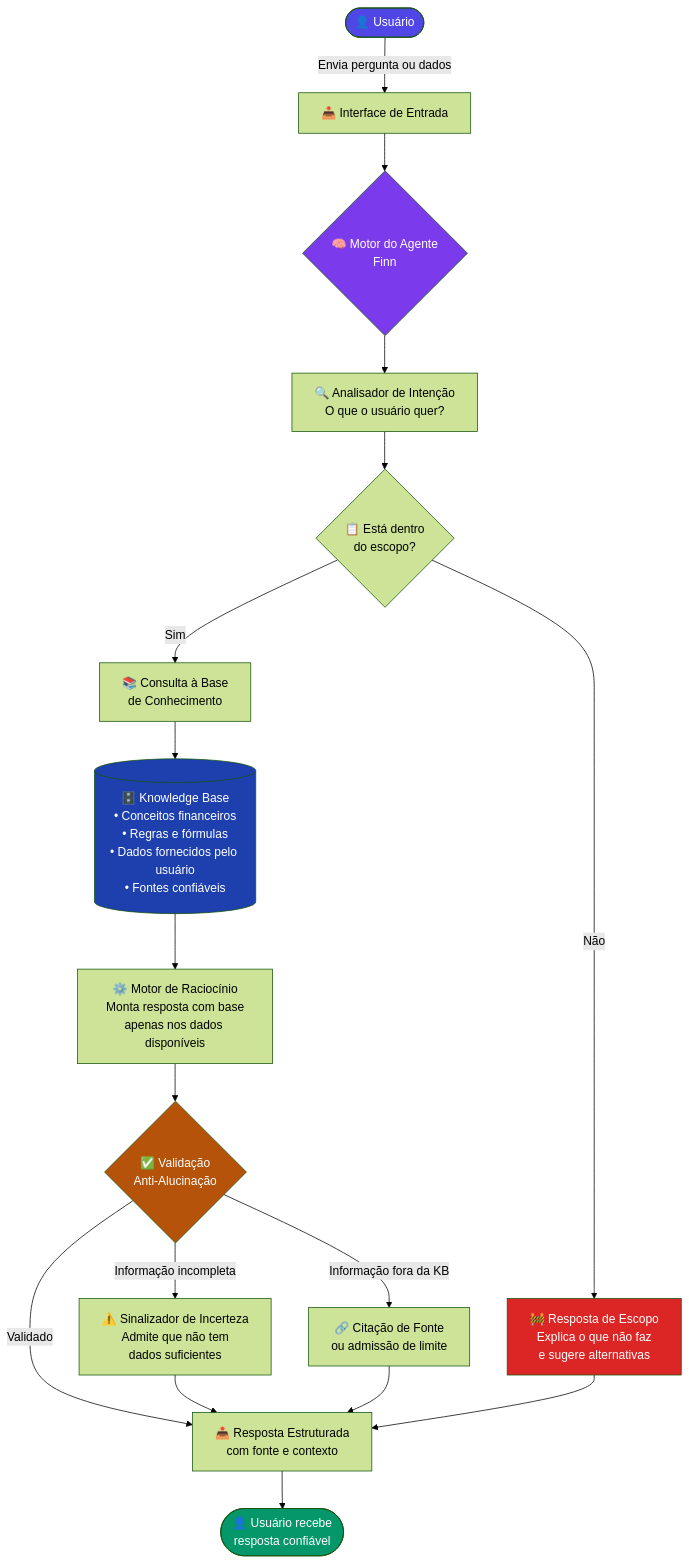
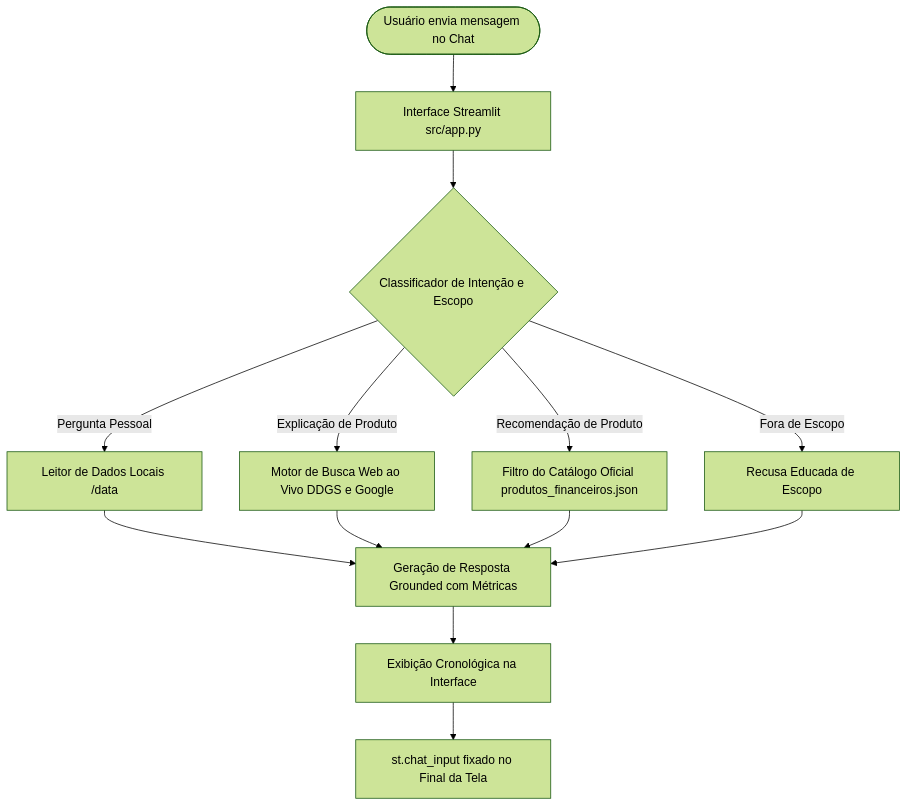
Before and after one commit to Mister-N-Oliveira/dio-lab-bia-do-futuro: the diagram in docs/01-documentacao-agente.md, drawn with Mermaid (forest theme). The commit also changed other lines of this file, not shown here.

````diff
--- a/docs/01-documentacao-agente.md
+++ b/docs/01-documentacao-agente.md
@@ -148,39 +46,15 @@
 ```mermaid
 flowchart TD
-    A([👤 Usuário]) -->|Envia pergunta ou dados| B[📥 Interface de Entrada]
-
-    B --> C{🧠 Motor do Agente\nFinn}
-
-    C --> D[🔍 Analisador de Intenção\nO que o usuário quer?]
-
-    D --> E{📋 Está dentro\ndo escopo?}
-
-    E -- Não --> F[🚧 Resposta de Escopo\nExplica o que não faz\ne sugere alternativas]
-
-    E -- Sim --> G[📚 Consulta à Base\nde Conhecimento]
-
-    G --> H[(🗄️ Knowledge Base\n• Conceitos financeiros\n• Regras e fórmulas\n• Dados fornecidos pelo usuário\n• Fontes confiáveis)]
-
-    H --> I[⚙️ Motor de Raciocínio\nMonta resposta com base\napenas nos dados disponíveis]
-
-    I --> J{✅ Validação\nAnti-Alucinação}
-
-    J -- Informação incompleta --> K[⚠️ Sinalizador de Incerteza\nAdmite que não tem\ndados suficientes]
-
-    J -- Informação fora da KB --> L[🔗 Citação de Fonte\nou admissão de limite]
-
-    J -- Validado --> M[📤 Resposta Estruturada\ncom fonte e contexto]
-
-    K --> M
-    L --> M
-    F --> M
-
-    M --> N([👤 Usuário recebe\nresposta confiável])
-
-    style A fill:#4F46E5,color:#fff,stroke:#none
-    style N fill:#059669,color:#fff,stroke:#none
-    style C fill:#7C3AED,color:#fff,stroke:#none
-    style H fill:#1E40AF,color:#fff,stroke:#none
-    style J fill:#B45309,color:#fff,stroke:#none
-    style F fill:#DC2626,color:#fff,stroke:#none
+    A([Usuário envia mensagem no Chat]) --> B[Interface Streamlit src/app.py]
+    B --> C{Classificador de Intenção e Escopo}
+    C -- Fora de Escopo --> D[Recusa Educada de Escopo]
+    C -- Pergunta Pessoal --> E[Leitor de Dados Locais /data]
+    C -- Explicação de Produto --> F[Motor de Busca Web ao Vivo DDGS e Google]
+    C -- Recomendação de Produto --> G[Filtro do Catálogo Oficial produtos_financeiros.json]
+    E --> H[Geração de Resposta Grounded com Métricas]
+    F --> H
+    G --> H
+    D --> H
+    H --> I[Exibição Cronológica na Interface]
+    I --> J[st.chat_input fixado no Final da Tela]
 ```
````
